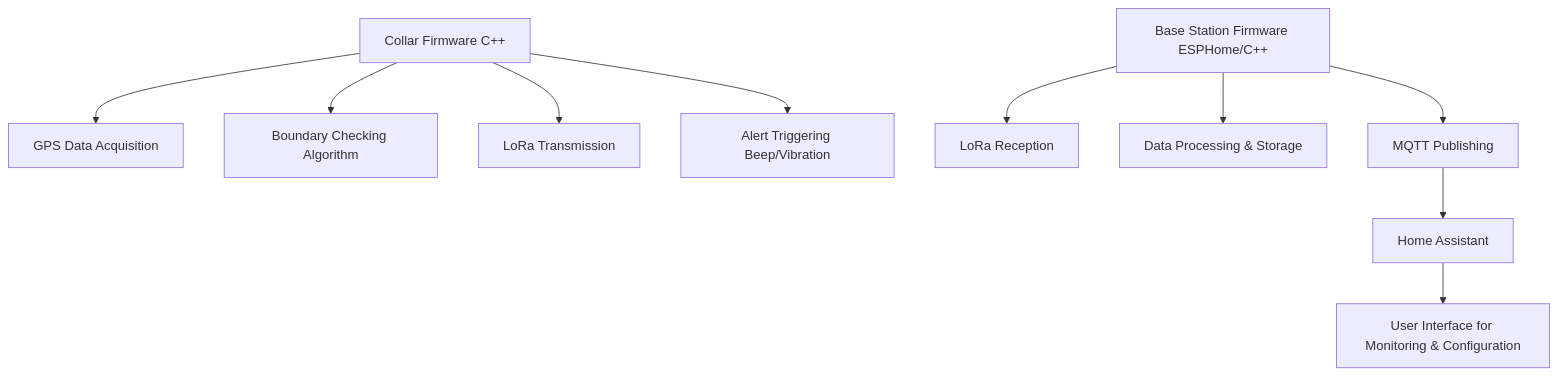
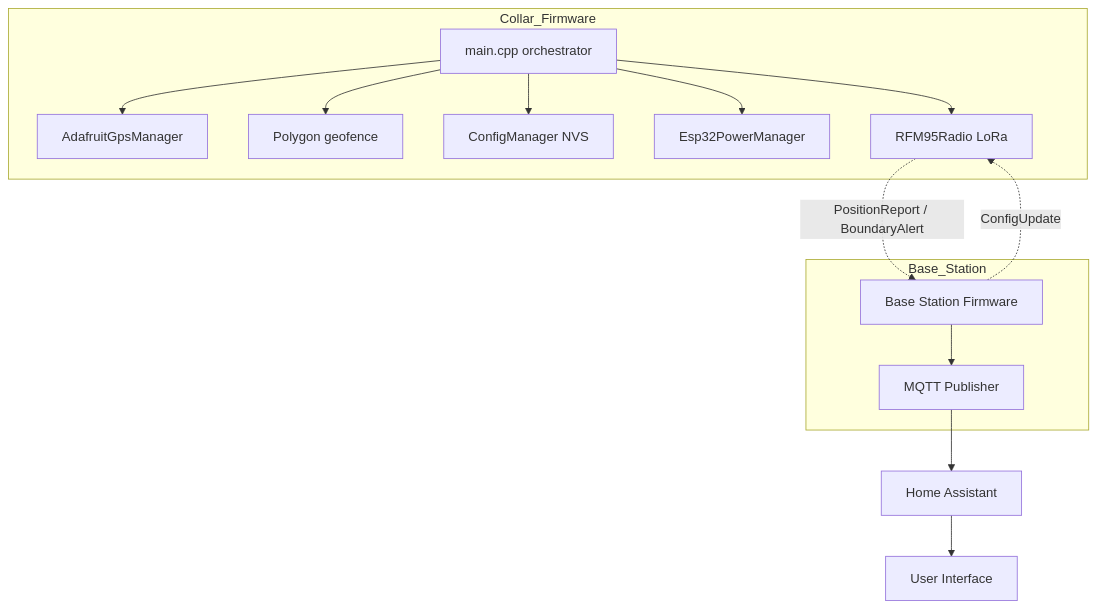
The second of 2 diagrams in README.md (mmorys/uncollar), drawn with Mermaid before and after one commit. The commit also changed other lines of this file and 21 other files, not shown here.

````diff
--- a/README.md
+++ b/README.md
@@ -85,12 +117,25 @@
 ```mermaid
 graph TD
-    A[Collar Firmware C++] --> B[GPS Data Acquisition]
-    A --> C[Boundary Checking Algorithm]
-    A --> D[LoRa Transmission]
-    A --> E[Alert Triggering Beep/Vibration]
-    F[Base Station Firmware ESPHome/C++] --> G[LoRa Reception]
-    F --> H[Data Processing & Storage]
-    F --> I[MQTT Publishing]
-    I --> J[Home Assistant]
-    J --> K[User Interface for Monitoring & Configuration]
+    subgraph Collar_Firmware
+        MAIN[main.cpp orchestrator]
+        GPS[AdafruitGpsManager]
+        GEO[Polygon geofence]
+        CFG[ConfigManager NVS]
+        PWR[Esp32PowerManager]
+        RADIO[RFM95Radio LoRa]
+        MAIN --> GPS
+        MAIN --> GEO
+        MAIN --> CFG
+        MAIN --> PWR
+        MAIN --> RADIO
+    end
+    subgraph Base_Station
+        BS[Base Station Firmware]
+        MQTT[MQTT Publisher]
+        BS --> MQTT
+    end
+    RADIO -.->|PositionReport / BoundaryAlert| BS
+    BS -.->|ConfigUpdate| RADIO
+    MQTT --> HA[Home Assistant]
+    HA --> UI[User Interface]
 ```
````
